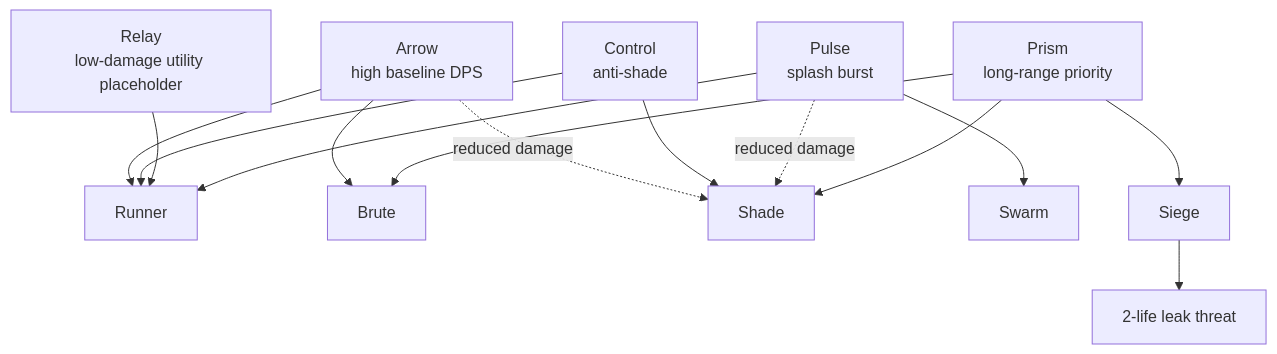
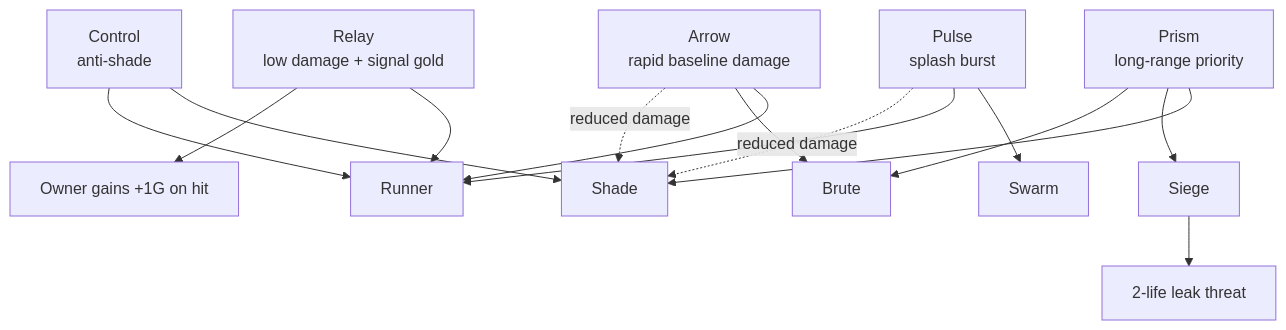
One commit to linewardsdev/Linewards-Dev changed the third of 3 diagrams in docs/TOWER_AND_CREEP_ROSTER.md. Above: the diagram before and after it, drawn with Mermaid. The commit also changed other lines of this file and 11 other files, not shown here.

Commit message:
Balance arrow and relay towers

````diff
--- a/docs/TOWER_AND_CREEP_ROSTER.md
+++ b/docs/TOWER_AND_CREEP_ROSTER.md
@@ -79,21 +80,22 @@
 ```mermaid
 flowchart TB
-    arrow["Arrow<br/>high baseline DPS"] --> runner["Runner"]
+    arrow["Arrow<br/>rapid baseline damage"] --> runner["Runner"]
     arrow --> brute["Brute"]
     arrow -. "reduced damage" .-> shade["Shade"]
 
     control["Control<br/>anti-shade"] --> shade
     control --> runner
 
-    relay["Relay<br/>low-damage utility placeholder"] --> runner
+    relay["Relay<br/>low damage + signal gold"] --> runner
+    relay --> economy["Owner gains +1G on hit"]
 
     pulse["Pulse<br/>splash burst"] --> swarm["Swarm"]
     pulse --> runner
     pulse -. "reduced damage" .-> shade
 
     prism["Prism<br/>long-range priority"] --> shade
     prism --> siege["Siege"]
     prism --> brute
 
     siege --> leak["2-life leak threat"]
 ```
````
